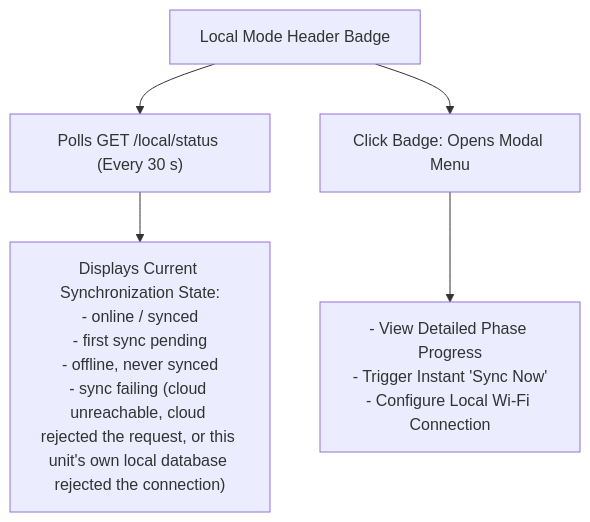
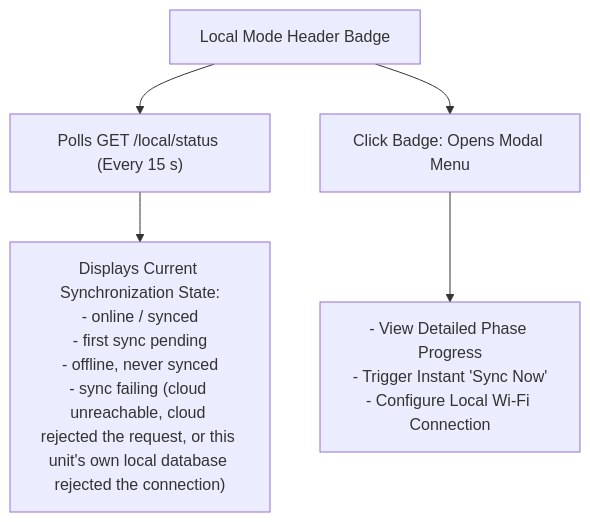
The second of 2 diagrams in docs/development/data-sync.md (itbdelaboprogramming/msd700_documentation), drawn with Mermaid before and after one commit. The commit also changed 110 other files, not shown here.

````diff
--- a/docs/development/data-sync.md
+++ b/docs/development/data-sync.md
@@ -76,7 +76,7 @@
 ```mermaid
 flowchart TB
-  BADGE["Local Mode Header Badge"] --> STATUS["Polls GET /local/status (Every 30 s)"]
+  BADGE["Local Mode Header Badge"] --> STATUS["Polls GET /local/status (Every 15 s)"]
   STATUS --> DISPLAY["Displays Current Synchronization State:<br/>- online / synced<br/>- first sync pending<br/>- offline, never synced<br/>- sync failing (cloud unreachable, cloud rejected the request, or this unit's own local database rejected the connection)"]
   BADGE --> CLICK["Click Badge: Opens Modal Menu"]
   CLICK --> ACTIONS["- View Detailed Phase Progress<br/>- Trigger Instant 'Sync Now'<br/>- Configure Local Wi-Fi Connection"]
 ```
````
